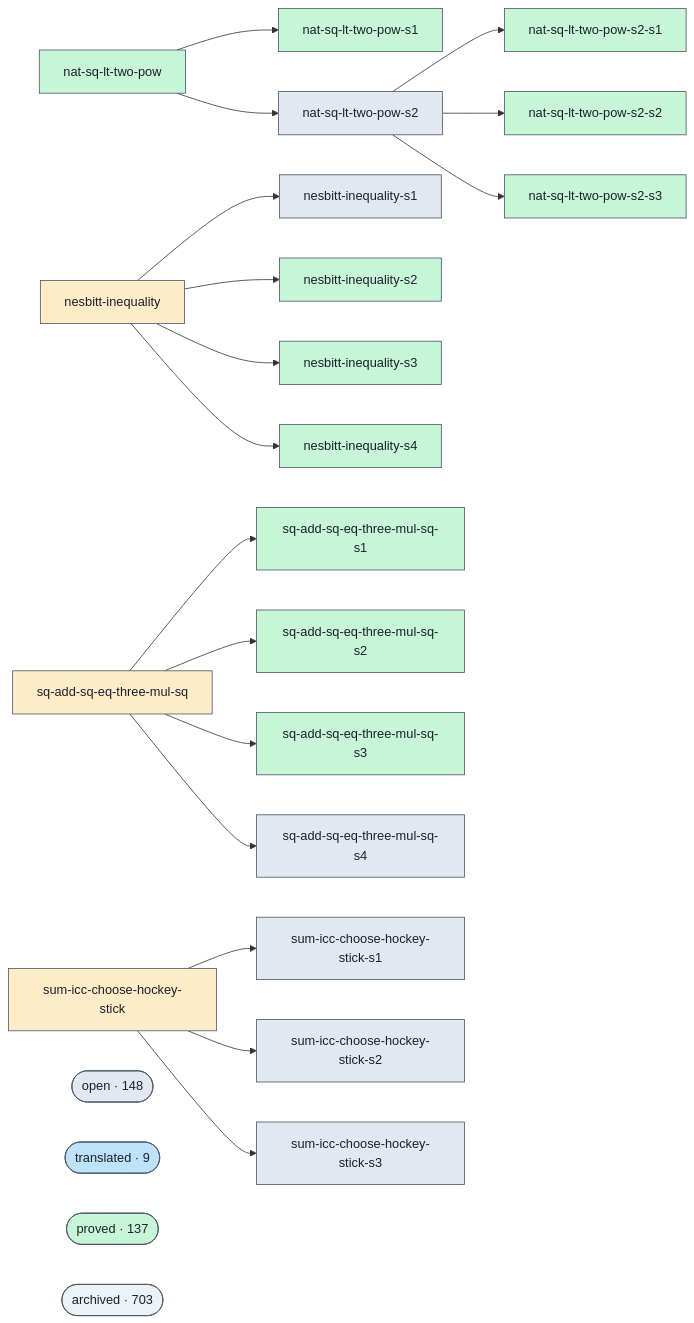
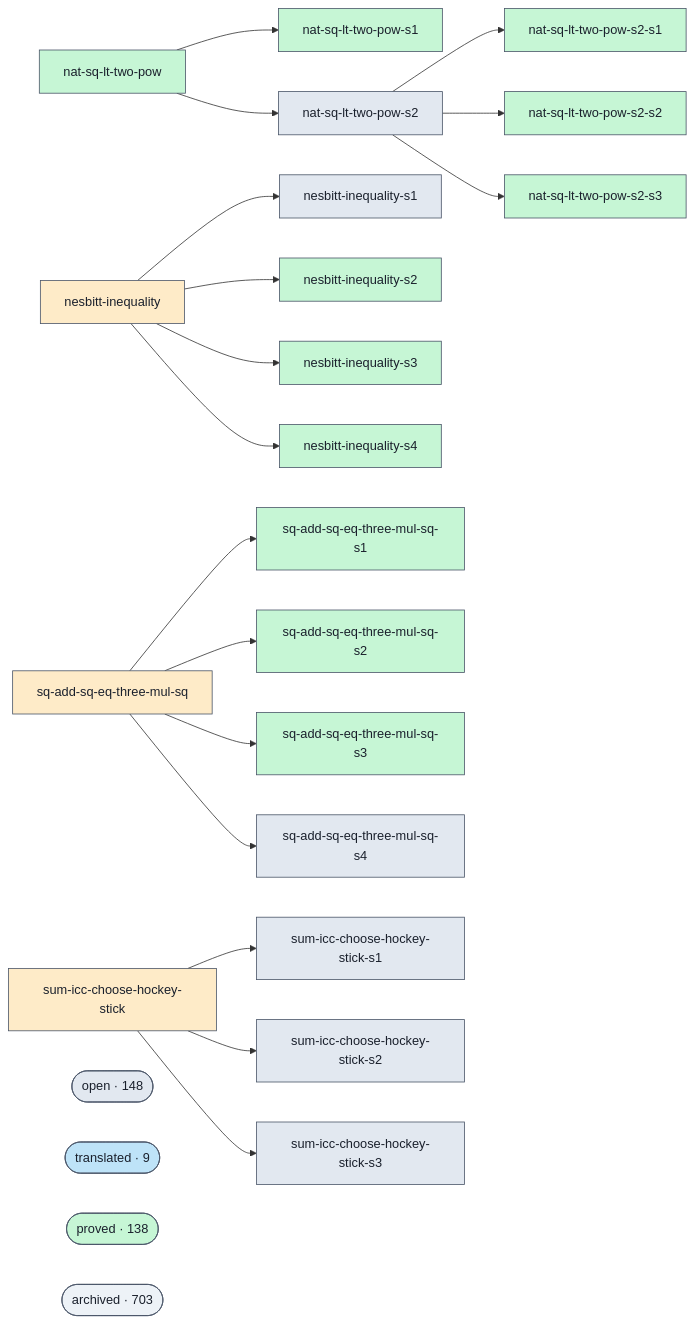
One commit to ohdearquant/unsorry changed the diagram in docs/proofs-contributors-visualisation.md. Above: the diagram before and after it, drawn with Mermaid. The commit also changed other lines of this file and 2 other files, not shown here.

```diff
--- a/docs/proofs-contributors-visualisation.md
+++ b/docs/proofs-contributors-visualisation.md
@@ -102,7 +102,7 @@
   class cluster_open open;
   cluster_translated(["translated · 9"])
   class cluster_translated translated;
-  cluster_proved(["proved · 137"])
+  cluster_proved(["proved · 138"])
   class cluster_proved proved;
   cluster_archived(["archived · 703"])
   class cluster_archived unknown;
```
